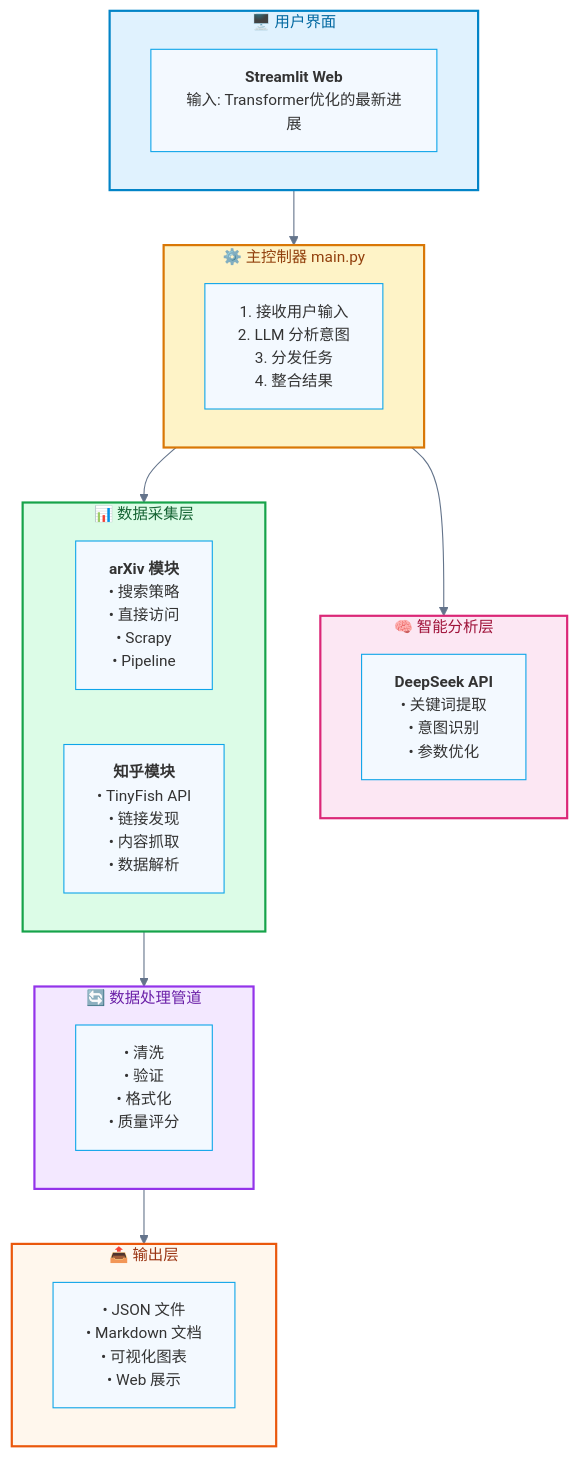
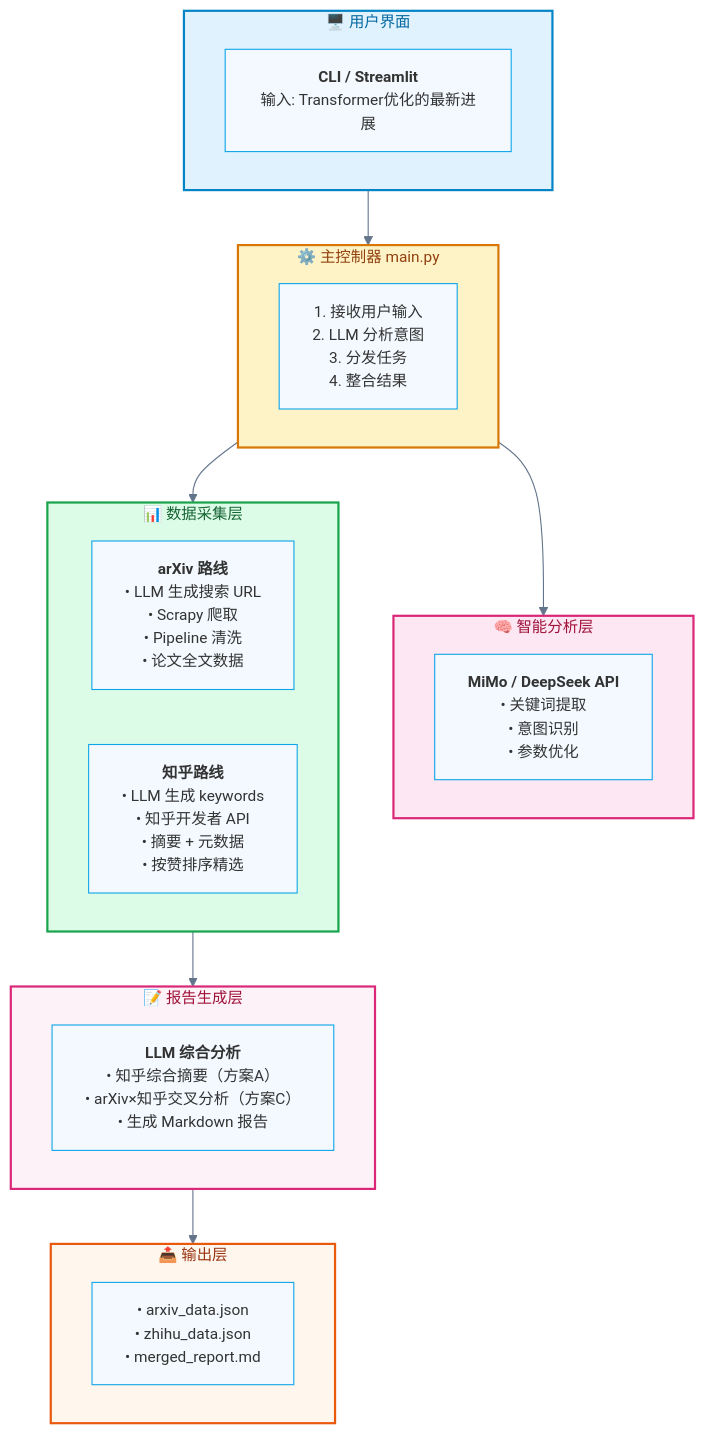
The diagram in docs/diagrams/system-overview.mmd (quetzal-china/KnowledgeHub), drawn with Mermaid before and after one commit. The commit also changed 13 other files, not shown here.

```diff
--- a/docs/diagrams/system-overview.mmd
+++ b/docs/diagrams/system-overview.mmd
@@ -1,40 +1,40 @@
 %%{init: {'theme': 'base', 'themeVariables': { 'primaryColor': '#f3f9ff', 'primaryBorderColor': '#0ea5e9', 'lineColor': '#64748b', 'fontSize': '14px'}}}%%
 flowchart TB
     subgraph UI["🖥️ 用户界面"]
-        A["<b>Streamlit Web</b><br/>输入: Transformer优化的最新进展"]
+        A["<b>CLI / Streamlit</b><br/>输入: Transformer优化的最新进展"]
     end
 
     subgraph Controller["⚙️ 主控制器 main.py"]
         B["1. 接收用户输入<br/>2. LLM 分析意图<br/>3. 分发任务<br/>4. 整合结果"]
     end
 
     subgraph Analysis["🧠 智能分析层"]
-        C["<b>DeepSeek API</b><br/>• 关键词提取<br/>• 意图识别<br/>• 参数优化"]
+        C["<b>MiMo / DeepSeek API</b><br/>• 关键词提取<br/>• 意图识别<br/>• 参数优化"]
     end
 
     subgraph DataSources["📊 数据采集层"]
         direction LR
-        D["<b>arXiv 模块</b><br/>• 搜索策略<br/>• 直接访问<br/>• Scrapy<br/>• Pipeline"]
-        E["<b>知乎模块</b><br/>• TinyFish API<br/>• 链接发现<br/>• 内容抓取<br/>• 数据解析"]
+        D["<b>arXiv 路线</b><br/>• LLM 生成搜索 URL<br/>• Scrapy 爬取<br/>• Pipeline 清洗<br/>• 论文全文数据"]
+        E["<b>知乎路线</b><br/>• LLM 生成 keywords<br/>• 知乎开发者 API<br/>• 摘要 + 元数据<br/>• 按赞排序精选"]
     end
 
-    subgraph Pipeline["🔄 数据处理管道"]
-        F["• 清洗<br/>• 验证<br/>• 格式化<br/>• 质量评分"]
+    subgraph Report["📝 报告生成层"]
+        F["<b>LLM 综合分析</b><br/>• 知乎综合摘要（方案A）<br/>• arXiv×知乎交叉分析（方案C）<br/>• 生成 Markdown 报告"]
     end
 
     subgraph Output["📤 输出层"]
-        G["• JSON 文件<br/>• Markdown 文档<br/>• 可视化图表<br/>• Web 展示"]
+        G["• arxiv_data.json<br/>• zhihu_data.json<br/>• merged_report.md"]
     end
 
     UI --> Controller
     Controller --> Analysis
     Controller --> DataSources
-    DataSources --> Pipeline
-    Pipeline --> Output
+    DataSources --> Report
+    Report --> Output
 
     style UI fill:#e0f2fe,stroke:#0284c7,stroke-width:2px,color:#0369a1
     style Controller fill:#fef3c7,stroke:#d97706,stroke-width:2px,color:#92400e
     style Analysis fill:#fce7f3,stroke:#db2777,stroke-width:2px,color:#9f1239
     style DataSources fill:#dcfce7,stroke:#16a34a,stroke-width:2px,color:#166534
-    style Pipeline fill:#f3e8ff,stroke:#9333ea,stroke-width:2px,color:#6b21a8
+    style Report fill:#fdf2f8,stroke:#db2777,stroke-width:2px,color:#9f1239
     style Output fill:#fff7ed,stroke:#ea580c,stroke-width:2px,color:#9a3412
```
